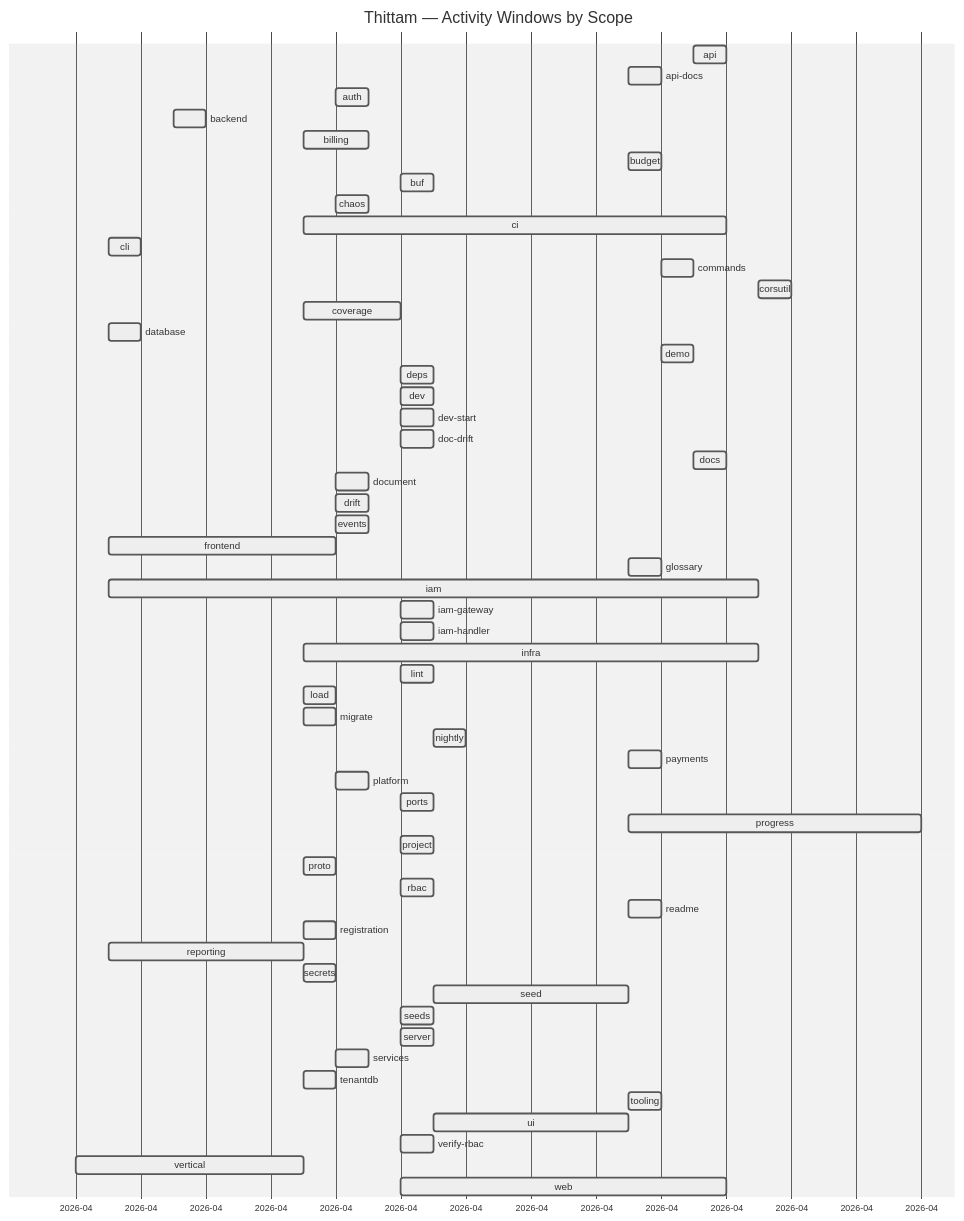
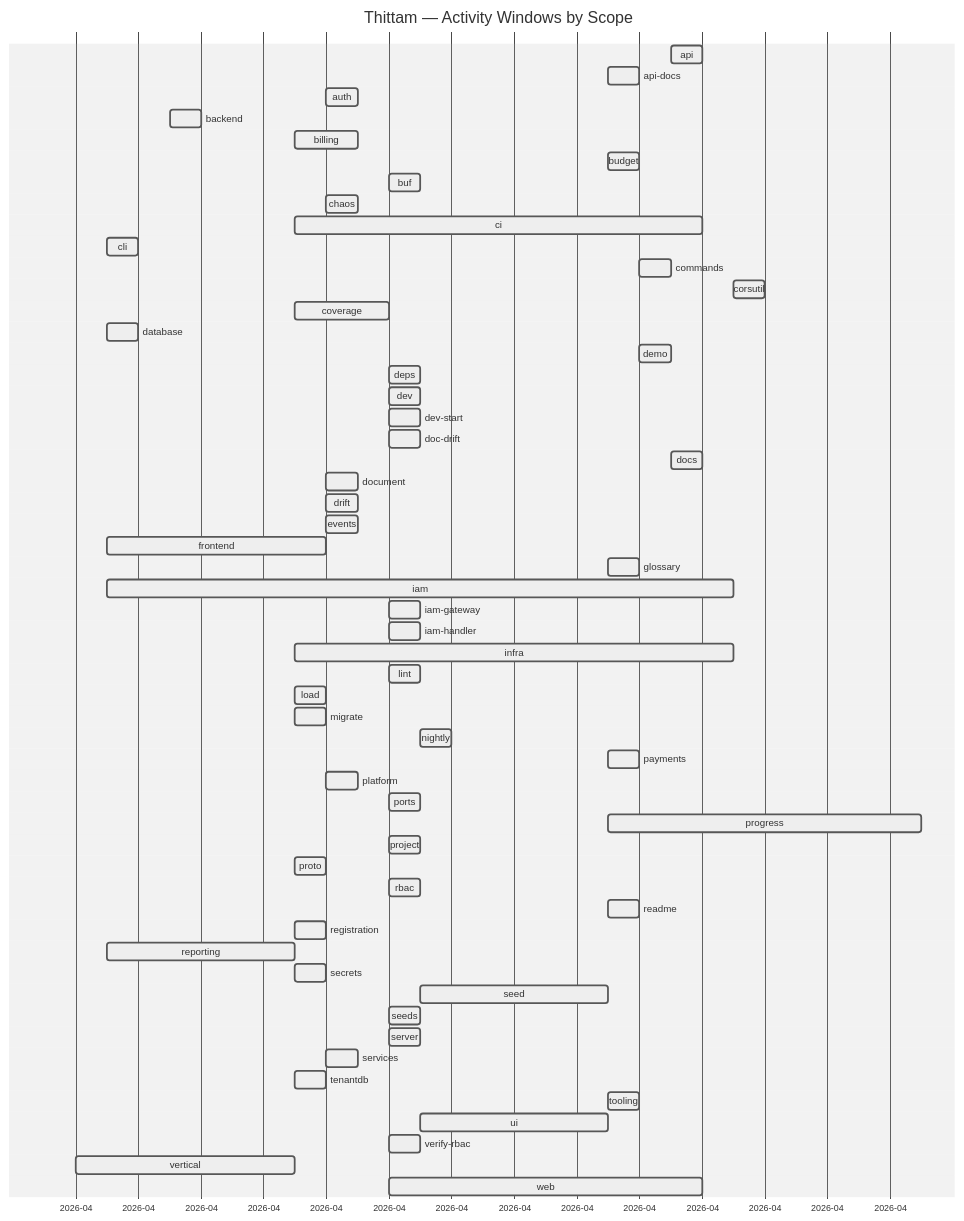
One commit to wegofwd2020-hub/thittam changed the diagram in docs/PROGRESS.md. Above: the diagram before and after it, drawn with Mermaid (neutral theme). The commit also changed other lines of this file and 1 other file, not shown here.

Commit message:
chore(progress): nightly update of docs/PROGRESS.md + CSVs

````diff
--- a/docs/PROGRESS.md
+++ b/docs/PROGRESS.md
@@ -9,60 +9,60 @@
 ```mermaid
 gantt
     title Thittam — Activity Windows by Scope
     dateFormat YYYY-MM-DD
     axisFormat %Y-%m
     api                :active, s_api, 2026-04-22, 2026-04-23
     api-docs           :active, s_api_docs, 2026-04-20, 2026-04-21
     auth               :active, s_auth, 2026-04-11, 2026-04-12
     backend            :active, s_backend, 2026-04-06, 2026-04-07
     billing            :active, s_billing, 2026-04-10, 2026-04-12
     budget             :active, s_budget, 2026-04-20, 2026-04-21
     buf                :active, s_buf, 2026-04-13, 2026-04-14
     chaos              :active, s_chaos, 2026-04-11, 2026-04-12
     ci                 :active, s_ci, 2026-04-10, 2026-04-23
     cli                :active, s_cli, 2026-04-04, 2026-04-05
     commands           :active, s_commands, 2026-04-21, 2026-04-22
     corsutil           :active, s_corsutil, 2026-04-24, 2026-04-25
     coverage           :active, s_coverage, 2026-04-10, 2026-04-13
     database           :active, s_database, 2026-04-04, 2026-04-05
     demo               :active, s_demo, 2026-04-21, 2026-04-22
     deps               :active, s_deps, 2026-04-13, 2026-04-14
     dev                :active, s_dev, 2026-04-13, 2026-04-14
     dev-start          :active, s_dev_start, 2026-04-13, 2026-04-14
     doc-drift          :active, s_doc_drift, 2026-04-13, 2026-04-14
     docs               :active, s_docs, 2026-04-22, 2026-04-23
     document           :active, s_document, 2026-04-11, 2026-04-12
     drift              :active, s_drift, 2026-04-11, 2026-04-12
     events             :active, s_events, 2026-04-11, 2026-04-12
     frontend           :active, s_frontend, 2026-04-04, 2026-04-11
     glossary           :active, s_glossary, 2026-04-20, 2026-04-21
     iam                :active, s_iam, 2026-04-04, 2026-04-24
     iam-gateway        :active, s_iam_gateway, 2026-04-13, 2026-04-14
     iam-handler        :active, s_iam_handler, 2026-04-13, 2026-04-14
     infra              :active, s_infra, 2026-04-10, 2026-04-24
     lint               :active, s_lint, 2026-04-13, 2026-04-14
     load               :active, s_load, 2026-04-10, 2026-04-11
     migrate            :active, s_migrate, 2026-04-10, 2026-04-11
     nightly            :active, s_nightly, 2026-04-14, 2026-04-15
     payments           :active, s_payments, 2026-04-20, 2026-04-21
     platform           :active, s_platform, 2026-04-11, 2026-04-12
     ports              :active, s_ports, 2026-04-13, 2026-04-14
-    progress           :active, s_progress, 2026-04-20, 2026-04-29
+    progress           :active, s_progress, 2026-04-20, 2026-04-30
     project            :active, s_project, 2026-04-13, 2026-04-14
     proto              :active, s_proto, 2026-04-10, 2026-04-11
     rbac               :active, s_rbac, 2026-04-13, 2026-04-14
     readme             :active, s_readme, 2026-04-20, 2026-04-21
     registration       :active, s_registration, 2026-04-10, 2026-04-11
     reporting          :active, s_reporting, 2026-04-04, 2026-04-10
     secrets            :active, s_secrets, 2026-04-10, 2026-04-11
     seed               :active, s_seed, 2026-04-14, 2026-04-20
     seeds              :active, s_seeds, 2026-04-13, 2026-04-14
     server             :active, s_server, 2026-04-13, 2026-04-14
     services           :active, s_services, 2026-04-11, 2026-04-12
     tenantdb           :active, s_tenantdb, 2026-04-10, 2026-04-11
     tooling            :active, s_tooling, 2026-04-20, 2026-04-21
     ui                 :active, s_ui, 2026-04-14, 2026-04-20
     verify-rbac        :active, s_verify_rbac, 2026-04-13, 2026-04-14
     vertical           :active, s_vertical, 2026-04-03, 2026-04-10
     web                :active, s_web, 2026-04-13, 2026-04-23
 ```
````
